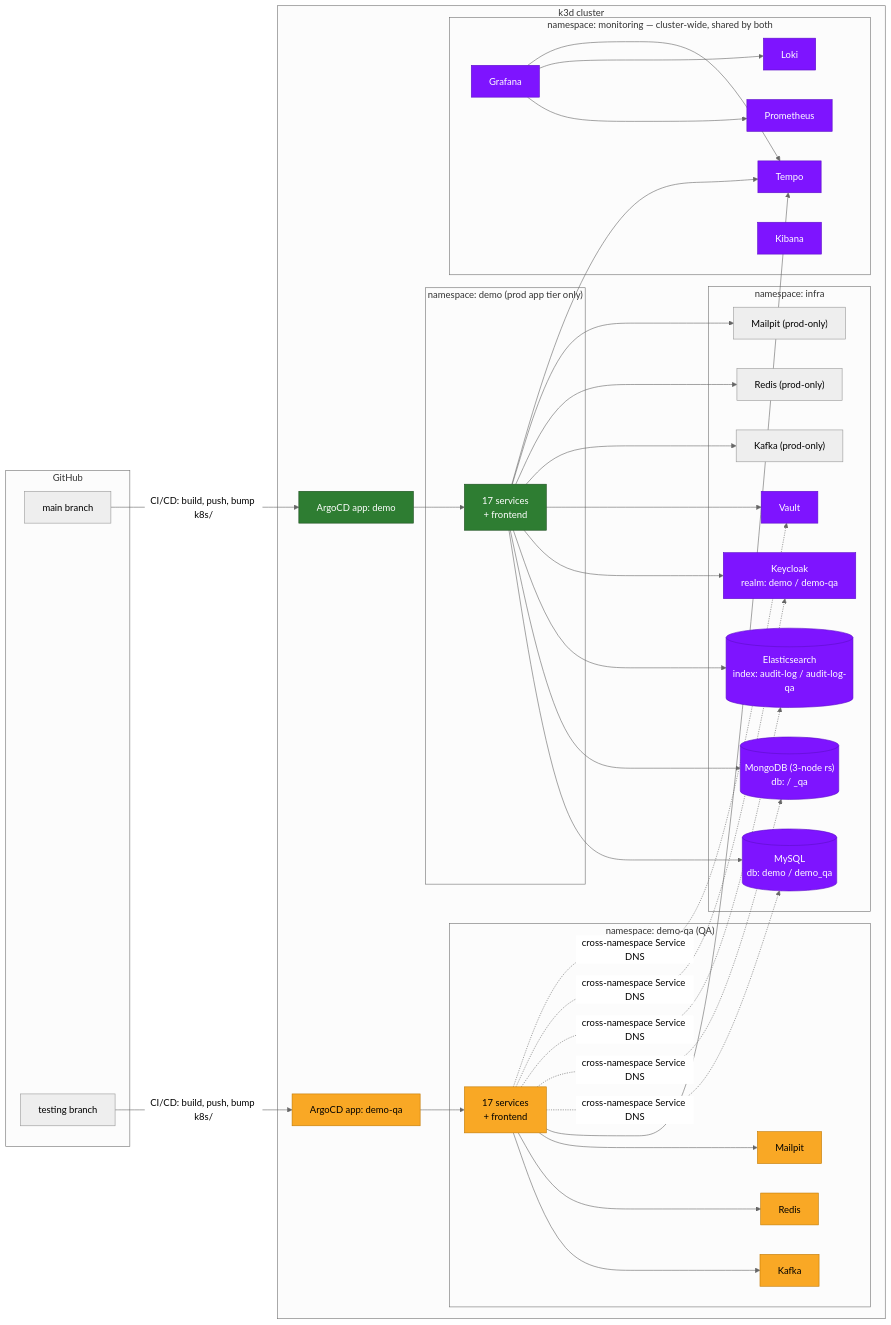
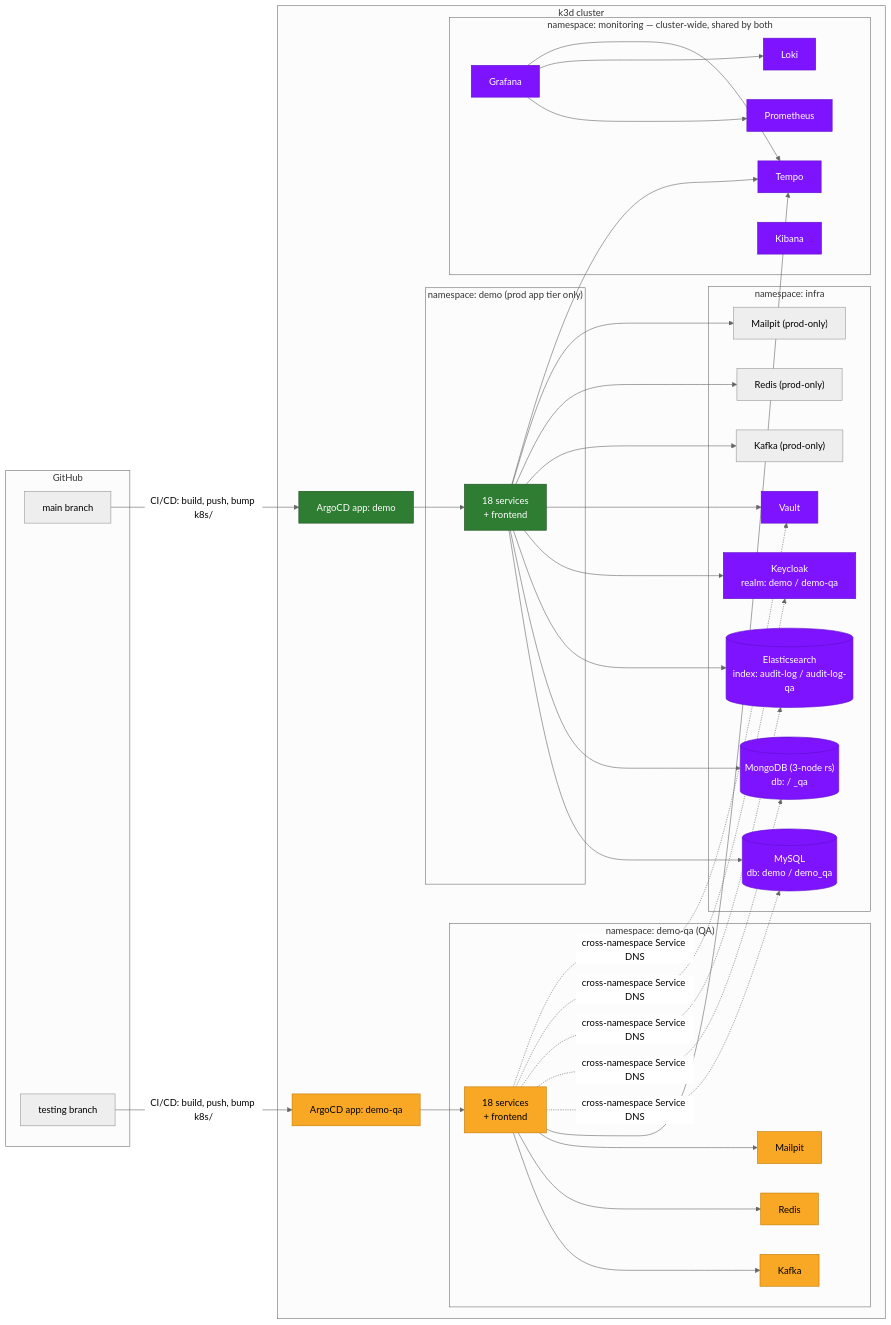
The fourth of 5 diagrams in README.md (wilbertjoosen/demo), drawn with Mermaid (neutral theme) before and after one commit. The commit also changed other lines of this file and 3 other files, not shown here.

````diff
--- a/README.md
+++ b/README.md
@@ -551,55 +554,55 @@
 ```mermaid
 flowchart LR
     subgraph GIT["GitHub"]
         MAIN["main branch"]
         TEST["testing branch"]
     end
 
     subgraph K8S["k3d cluster"]
         subgraph DEMO["namespace: demo (prod app tier only)"]
-            APPS_PROD["17 services\n+ frontend"]
+            APPS_PROD["18 services\n+ frontend"]
         end
         subgraph DEMOQA["namespace: demo-qa (QA)"]
-            APPS_QA["17 services\n+ frontend"]
+            APPS_QA["18 services\n+ frontend"]
             KAFKA_QA["Kafka"]
             REDIS_QA["Redis"]
             MAILPIT_QA["Mailpit"]
         end
         subgraph INFRA["namespace: infra"]
             MYSQL[("MySQL\ndb: demo / demo_qa")]
             MONGO[("MongoDB (3-node rs)\ndb: <svc> / <svc>_qa")]
             ES[("Elasticsearch\nindex: audit-log / audit-log-qa")]
             KC["Keycloak\nrealm: demo / demo-qa"]
             VAULT["Vault"]
             KAFKA_PROD["Kafka (prod-only)"]
             REDIS_PROD["Redis (prod-only)"]
             MAILPIT_PROD["Mailpit (prod-only)"]
         end
         subgraph MON["namespace: monitoring — cluster-wide, shared by both"]
             PROM_K8S["Prometheus"]
             LOKI_K8S["Loki"]
             TEMPO_K8S["Tempo"]
             GRAFANA["Grafana"]
             KIBANA_K8S["Kibana"]
         end
         ARGO_PROD["ArgoCD app: demo"]
         ARGO_QA["ArgoCD app: demo-qa"]
     end
 
     MAIN -- "CI/CD: build, push, bump k8s/" --> ARGO_PROD
     TEST -- "CI/CD: build, push, bump k8s/" --> ARGO_QA
     ARGO_PROD --> APPS_PROD
     ARGO_QA --> APPS_QA
 
     APPS_PROD --> MYSQL & MONGO & ES & KC & VAULT & KAFKA_PROD & REDIS_PROD & MAILPIT_PROD & TEMPO_K8S
     APPS_QA --> KAFKA_QA & REDIS_QA & MAILPIT_QA & TEMPO_K8S
     APPS_QA -. "cross-namespace Service DNS" .-> MYSQL & MONGO & ES & KC & VAULT
     GRAFANA --> PROM_K8S & LOKI_K8S & TEMPO_K8S
 
     classDef prod fill:#2e7d32,color:#fff,stroke:#1b4d1e
     classDef qa fill:#f9a825,color:#000,stroke:#c17900
     classDef shared fill:#7e14ff,color:#fff,stroke:#5c0fc7
     class APPS_PROD,ARGO_PROD prod
     class APPS_QA,ARGO_QA,KAFKA_QA,REDIS_QA,MAILPIT_QA qa
     class MYSQL,MONGO,ES,KC,VAULT,PROM_K8S,LOKI_K8S,TEMPO_K8S,GRAFANA,KIBANA_K8S shared
 ```
````
